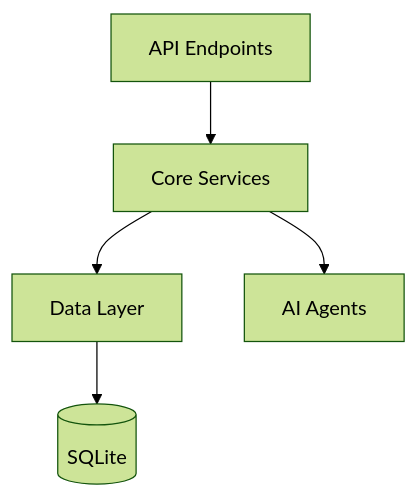
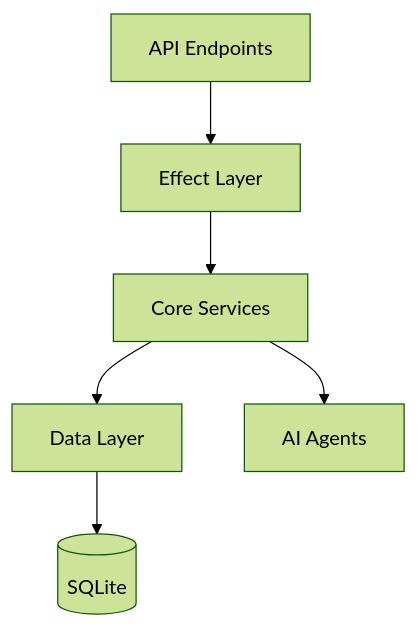
One commit to caramoussin/webinsight changed the third of 3 diagrams in memory-bank/systemPatterns.md. Above: the diagram before and after it, drawn with Mermaid (forest theme). The commit also changed other lines of this file and 4 other files, not shown here.

First line of the commit message:
feat: Introduce Effect Patterns documentation for enhanced architecture and best practices

````diff
--- a/memory-bank/systemPatterns.md
+++ b/memory-bank/systemPatterns.md
@@ -15,7 +49,8 @@
 ```mermaid
 flowchart TD
-    API[API Endpoints] --> Services[Core Services]
+    API[API Endpoints] --> Effects[Effect Layer]
+    Effects --> Services[Core Services]
     Services --> Data[Data Layer]
     Services --> Agents[AI Agents]
     Data --> DB[(SQLite)]
 ```
````
